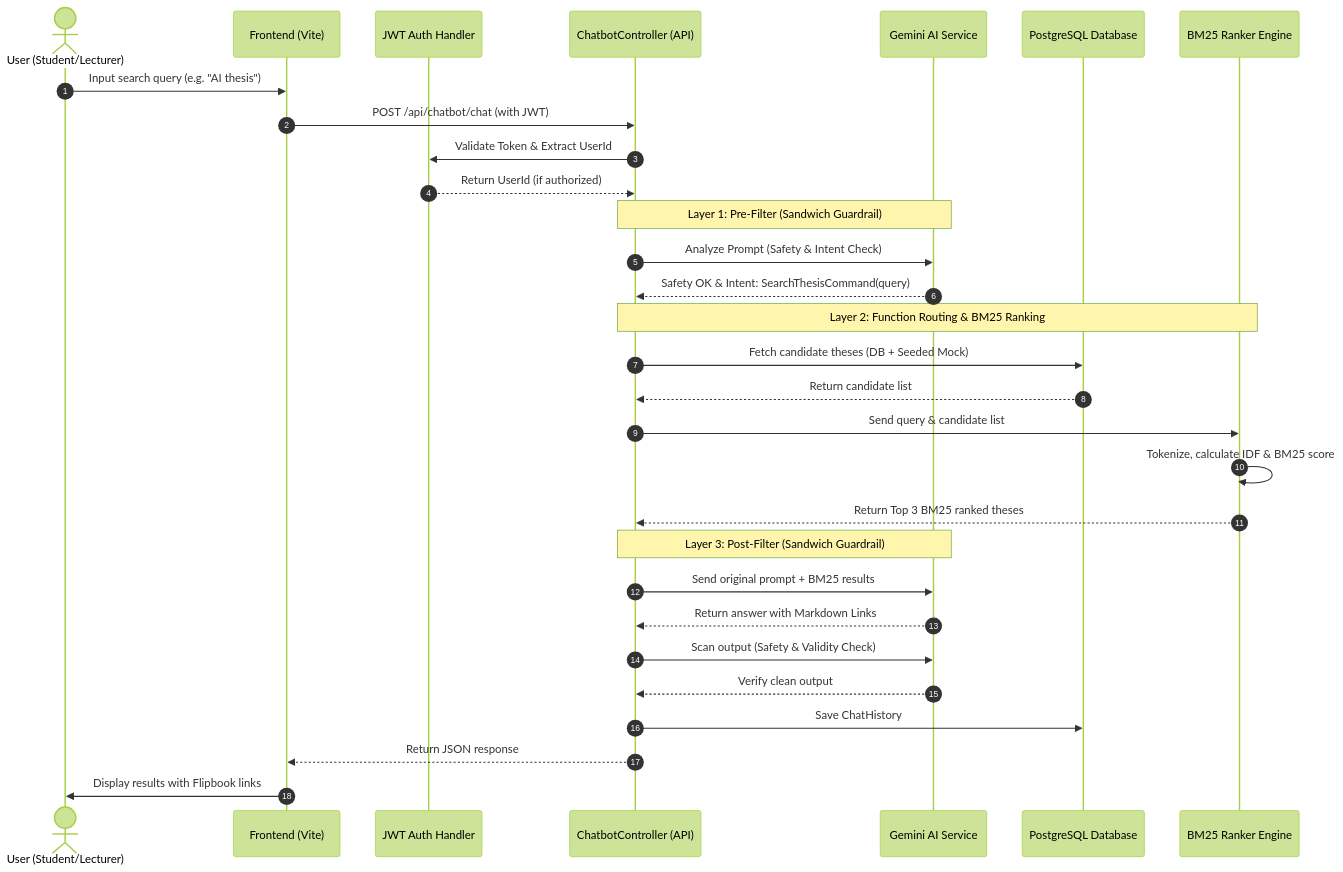
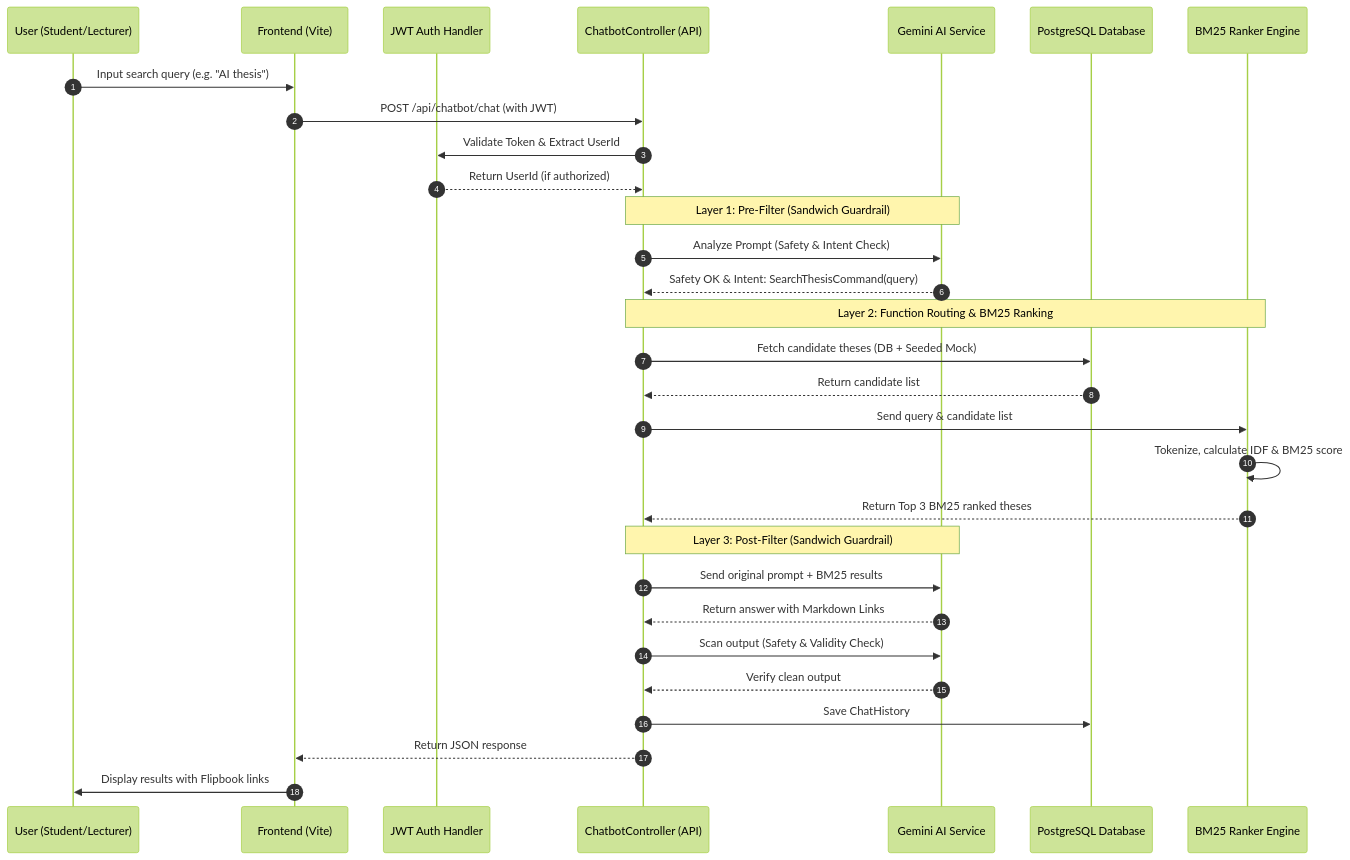
One commit to phucnguyen2716/Thesis-Management changed the fifth of 5 diagrams in README.md. Above: the diagram before and after it, drawn with Mermaid (forest theme).

Commit message:
docs: use standard participant keyword instead of actor in chatbot sequence diagram

````diff
--- a/README.md
+++ b/README.md
@@ -1196,37 +1196,37 @@
 ```mermaid
 sequenceDiagram
     autonumber
-    actor User as User (Student/Lecturer)
+    participant User as User (Student/Lecturer)
     participant Client as Frontend (Vite)
     participant Auth as JWT Auth Handler
     participant Controller as ChatbotController (API)
     participant Gemini as Gemini AI Service
     participant DB as PostgreSQL Database
     participant BM25 as BM25 Ranker Engine
 
     User->>Client: Input search query (e.g. "AI thesis")
     Client->>Controller: POST /api/chatbot/chat (with JWT)
     Controller->>Auth: Validate Token & Extract UserId
     Auth-->>Controller: Return UserId (if authorized)
     
     Note over Controller, Gemini: Layer 1: Pre-Filter (Sandwich Guardrail)
     Controller->>Gemini: Analyze Prompt (Safety & Intent Check)
     Gemini-->>Controller: Safety OK & Intent: SearchThesisCommand(query)
 
     Note over Controller, BM25: Layer 2: Function Routing & BM25 Ranking
     Controller->>DB: Fetch candidate theses (DB + Seeded Mock)
     DB-->>Controller: Return candidate list
     Controller->>BM25: Send query & candidate list
     BM25->>BM25: Tokenize, calculate IDF & BM25 score
     BM25-->>Controller: Return Top 3 BM25 ranked theses
 
     Note over Controller, Gemini: Layer 3: Post-Filter (Sandwich Guardrail)
     Controller->>Gemini: Send original prompt + BM25 results
     Gemini-->>Controller: Return answer with Markdown Links
     Controller->>Gemini: Scan output (Safety & Validity Check)
     Gemini-->>Controller: Verify clean output
 
     Controller->>DB: Save ChatHistory
     Controller-->>Client: Return JSON response
     Client->>User: Display results with Flipbook links
 ```
````
